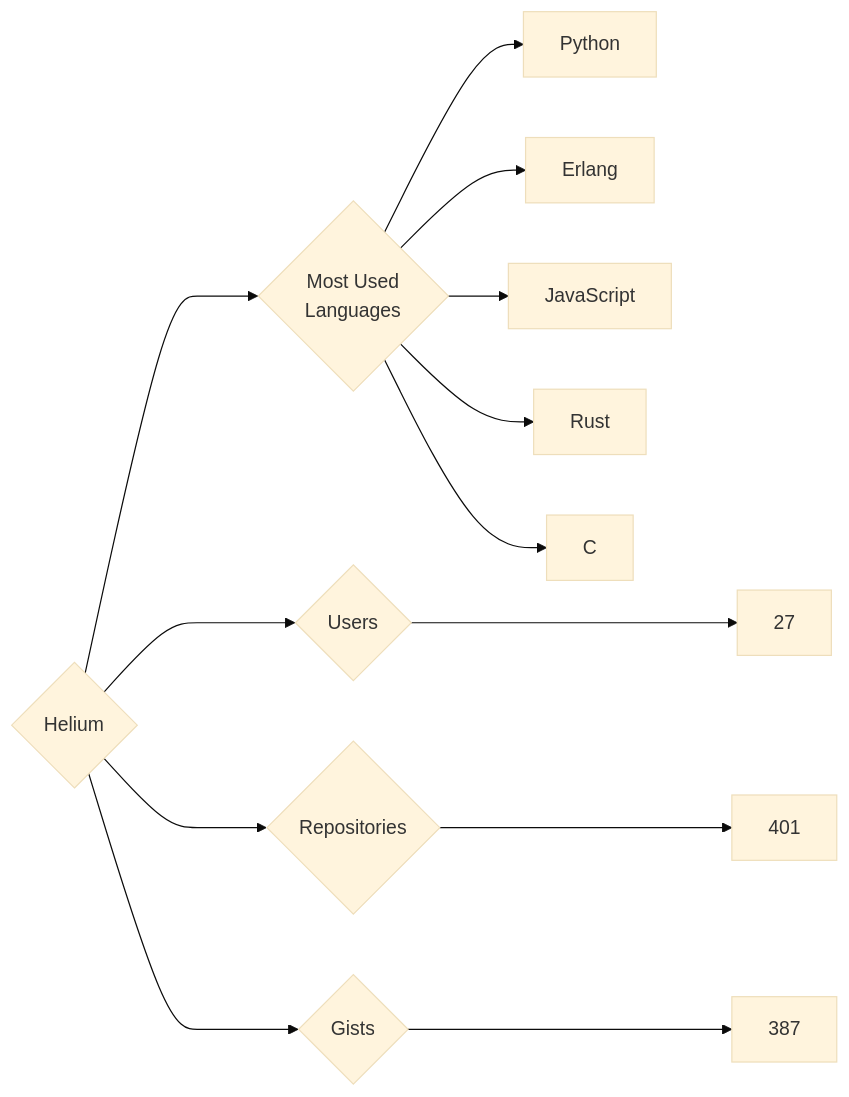
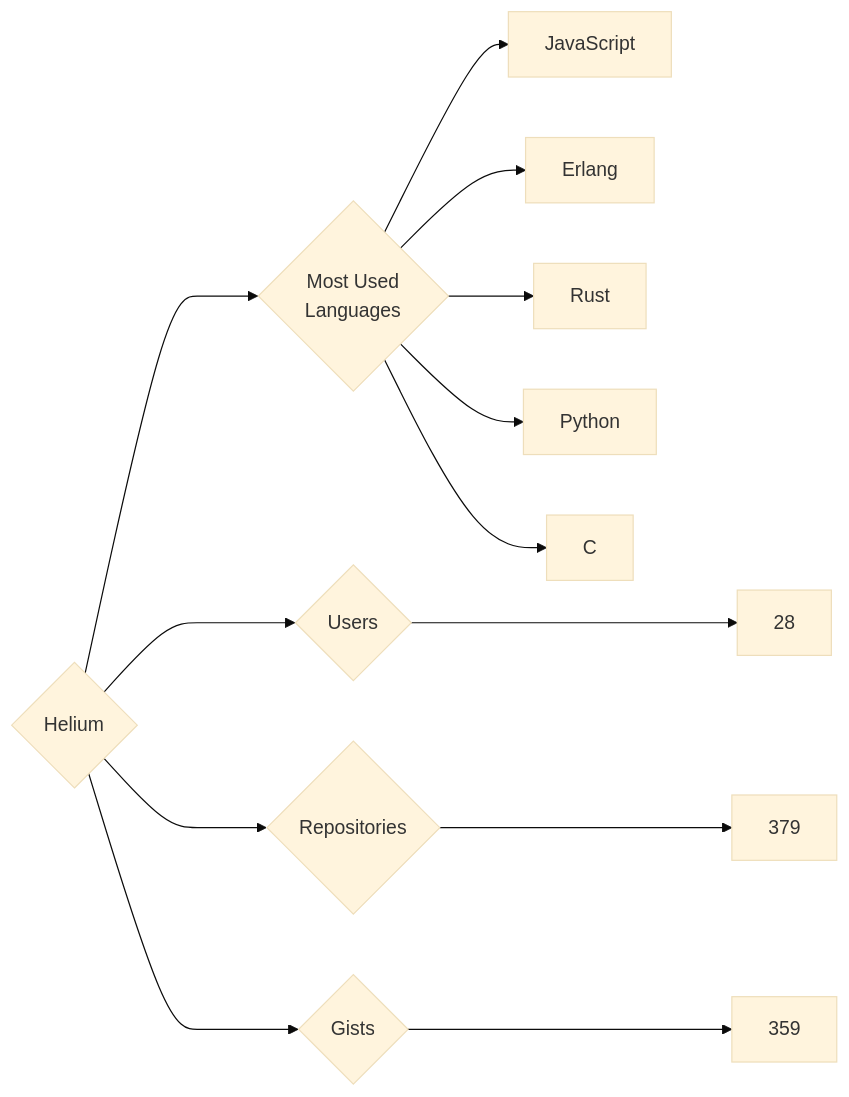
Before and after one commit to trickest/insiders: the diagram in targets/Helium/README.md, drawn with Mermaid (base theme). The commit also changed 688 other files, not shown here.

````diff
--- a/targets/Helium/README.md
+++ b/targets/Helium/README.md
@@ -3,13 +3,13 @@
 ```mermaid
 graph LR
 COMPANY_NAME{Helium}
-COMPANY_NAME ---> U{Users} ---> UN[27]
-COMPANY_NAME ---> R{Repositories} ---> RN[401]
-COMPANY_NAME ---> G{Gists} ---> GN[387]
+COMPANY_NAME ---> U{Users} ---> UN[28]
+COMPANY_NAME ---> R{Repositories} ---> RN[379]
+COMPANY_NAME ---> G{Gists} ---> GN[359]
 COMPANY_NAME ---> ML{Most Used<br>Languages}
+ML --> JavaScript[JavaScript]
+ML --> Erlang[Erlang]
+ML --> Rust[Rust]
 ML --> Python[Python]
-ML --> Erlang[Erlang]
-ML --> JavaScript[JavaScript]
-ML --> Rust[Rust]
 ML --> C[C]
 ```
````
